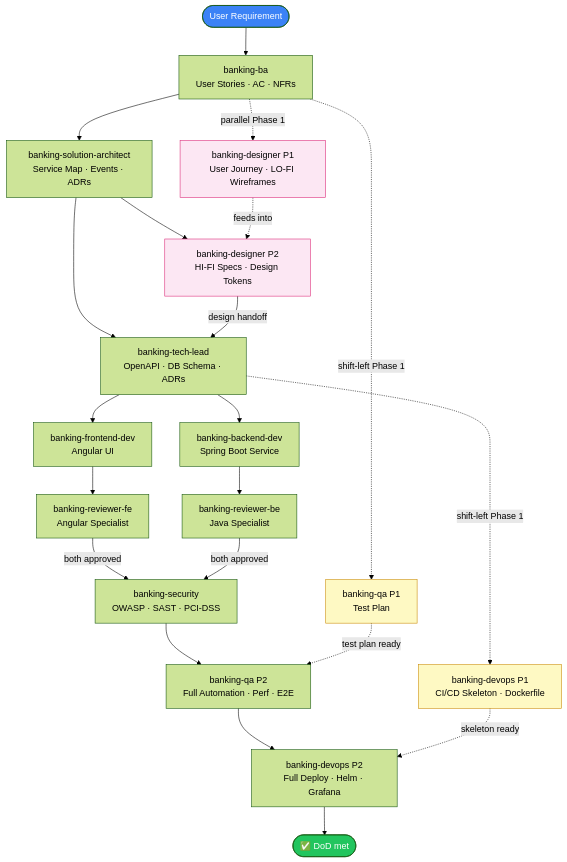
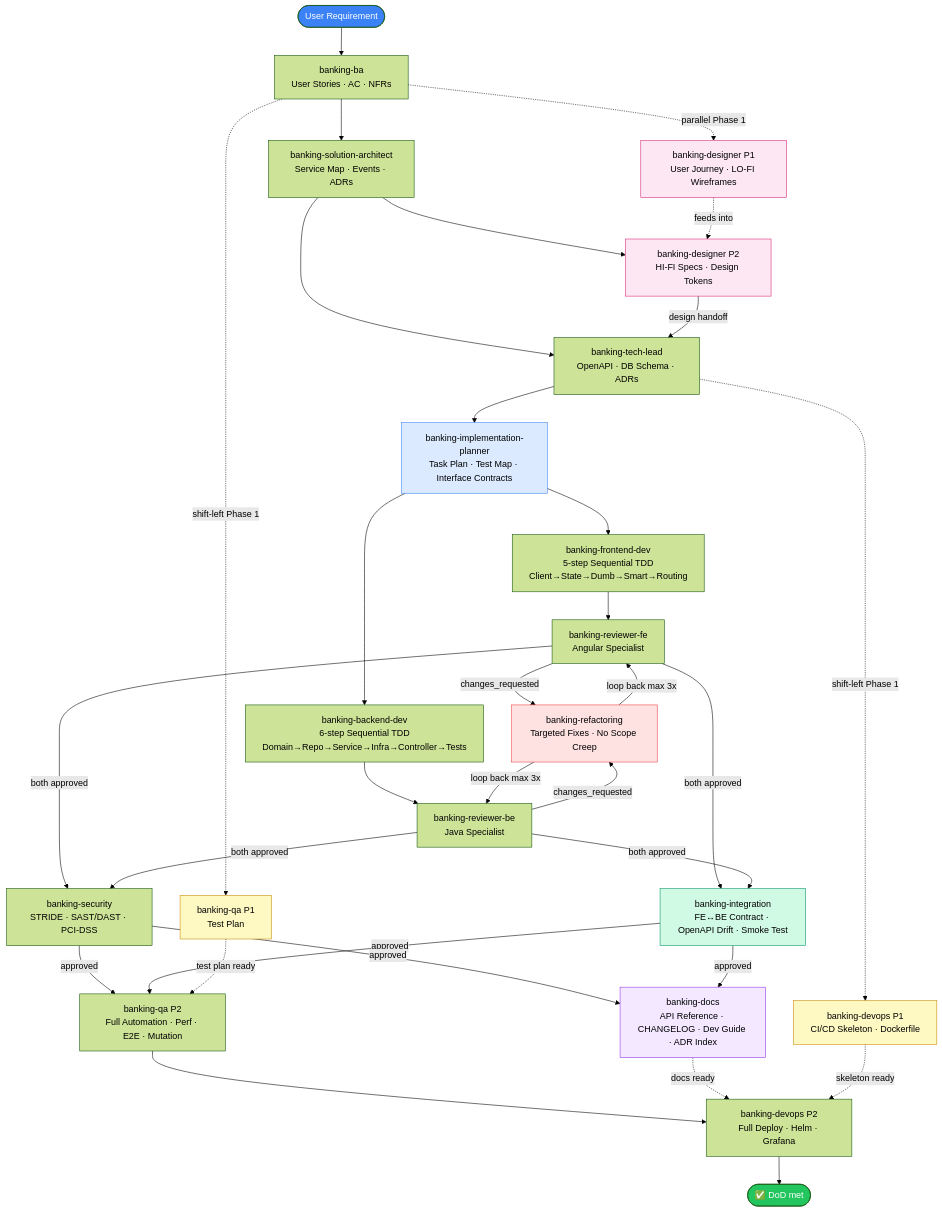
One commit to amanurat/demo-skill-ai changed the diagram in docs/architecture/workflow.md. Above: the diagram before and after it, drawn with Mermaid (forest theme). The commit also changed other lines of this file and 8 other files, not shown here.

````diff
--- a/docs/architecture/workflow.md
+++ b/docs/architecture/workflow.md
@@ -5,39 +5,56 @@
 ```mermaid
 flowchart TD
     Req([User Requirement]) --> BA[banking-ba\nUser Stories · AC · NFRs]
 
     BA --> SA[banking-solution-architect\nService Map · Events · ADRs]
     BA -.->|parallel Phase 1| DS_P1[banking-designer P1\nUser Journey · LO-FI Wireframes]
     BA -.->|shift-left Phase 1| QA_P1[banking-qa P1\nTest Plan]
 
     SA --> DS_P2[banking-designer P2\nHI-FI Specs · Design Tokens]
     DS_P1 -.->|feeds into| DS_P2
 
     SA --> TL
     DS_P2 -->|design handoff| TL[banking-tech-lead\nOpenAPI · DB Schema · ADRs]
 
-    TL --> FE[banking-frontend-dev\nAngular UI]
-    TL --> BE[banking-backend-dev\nSpring Boot Service]
+    TL --> PLAN[banking-implementation-planner\nTask Plan · Test Map · Interface Contracts]
     TL -.->|shift-left Phase 1| DO_P1[banking-devops P1\nCI/CD Skeleton · Dockerfile]
+
+    PLAN --> FE[banking-frontend-dev\n5-step Sequential TDD\nClient→State→Dumb→Smart→Routing]
+    PLAN --> BE[banking-backend-dev\n6-step Sequential TDD\nDomain→Repo→Service→Infra→Controller→Tests]
 
     FE --> RV_FE[banking-reviewer-fe\nAngular Specialist]
     BE --> RV_BE[banking-reviewer-be\nJava Specialist]
 
-    RV_FE -->|both approved| SEC[banking-security\nOWASP · SAST · PCI-DSS]
+    RV_FE -->|changes_requested| RF[banking-refactoring\nTargeted Fixes · No Scope Creep]
+    RV_BE -->|changes_requested| RF
+    RF -->|loop back max 3x| RV_FE
+    RF -->|loop back max 3x| RV_BE
+
+    RV_FE -->|both approved| SEC[banking-security\nSTRIDE · SAST/DAST · PCI-DSS]
     RV_BE -->|both approved| SEC
+    RV_FE -->|both approved| INT[banking-integration\nFE↔BE Contract · OpenAPI Drift · Smoke Test]
+    RV_BE -->|both approved| INT
 
-    SEC --> QA[banking-qa P2\nFull Automation · Perf · E2E]
+    SEC -->|approved| QA[banking-qa P2\nFull Automation · Perf · E2E · Mutation]
+    INT -->|approved| QA
+    SEC -->|approved| DOCS[banking-docs\nAPI Reference · CHANGELOG · Dev Guide · ADR Index]
+    INT -->|approved| DOCS
     QA_P1 -.->|test plan ready| QA
 
     QA --> DO[banking-devops P2\nFull Deploy · Helm · Grafana]
+    DOCS -.->|docs ready| DO
     DO_P1 -.->|skeleton ready| DO
 
     DO --> Done([✅ DoD met])
 
     style DS_P1 fill:#fce7f3,stroke:#db2777
     style DS_P2 fill:#fce7f3,stroke:#db2777
     style QA_P1 fill:#fef9c3,stroke:#ca8a04
     style DO_P1 fill:#fef9c3,stroke:#ca8a04
+    style PLAN fill:#dbeafe,stroke:#3b82f6
+    style RF fill:#fee2e2,stroke:#ef4444
+    style INT fill:#d1fae5,stroke:#059669
+    style DOCS fill:#f3e8ff,stroke:#9333ea
     style Done fill:#22c55e,color:#fff
     style Req fill:#3b82f6,color:#fff
 ```
````
